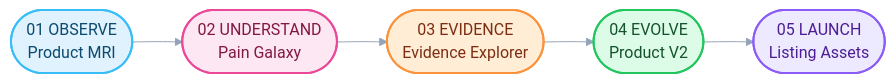
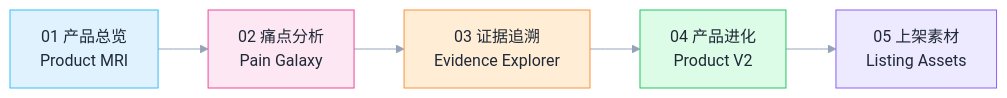
One commit to ibh4/Customer-Review-Improvement-Agent changed the second of 2 diagrams in README.md. Above: the diagram before and after it, drawn with Mermaid. The commit also changed other lines of this file, not shown here.

````diff
--- a/README.md
+++ b/README.md
@@ -142,19 +155,30 @@
 ```mermaid
 %%{init: {"theme": "base", "themeVariables": {
   "fontFamily": "Inter, Microsoft YaHei, sans-serif",
   "background": "#FFFFFF",
   "primaryTextColor": "#1F2937",
   "lineColor": "#94A3B8"
 }}}%%
 flowchart LR
-    A(["01 OBSERVE<br/>Product MRI"]):::s1 --> B(["02 UNDERSTAND<br/>Pain Galaxy"]):::s2
-    B --> C(["03 EVIDENCE<br/>Evidence Explorer"]):::s3
-    C --> D(["04 EVOLVE<br/>Product V2"]):::s4
-    D --> E(["05 LAUNCH<br/>Listing Assets"]):::s5
 
-    classDef s1 fill:#E0F2FE,stroke:#38BDF8,color:#0C4A6E,stroke-width:2px;
-    classDef s2 fill:#FCE7F3,stroke:#EC4899,color:#831843,stroke-width:2px;
-    classDef s3 fill:#FFEDD5,stroke:#FB923C,color:#7C2D12,stroke-width:2px;
-    classDef s4 fill:#DCFCE7,stroke:#22C55E,color:#14532D,stroke-width:2px;
-    classDef s5 fill:#EDE9FE,stroke:#8B5CF6,color:#4C1D95,stroke-width:2px;
+A["01 产品总览<br/>Product MRI"]
+--> B["02 痛点分析<br/>Pain Galaxy"]
+
+B --> C["03 证据追溯<br/>Evidence Explorer"]
+
+C --> D["04 产品进化<br/>Product V2"]
+
+D --> E["05 上架素材<br/>Listing Assets"]
+
+class A s1
+class B s2
+class C s3
+class D s4
+class E s5
+
+classDef s1 fill:#E0F2FE,stroke:#38BDF8
+classDef s2 fill:#FCE7F3,stroke:#EC4899
+classDef s3 fill:#FFEDD5,stroke:#FB923C
+classDef s4 fill:#DCFCE7,stroke:#22C55E
+classDef s5 fill:#EDE9FE,stroke:#8B5CF6
 ```
````
